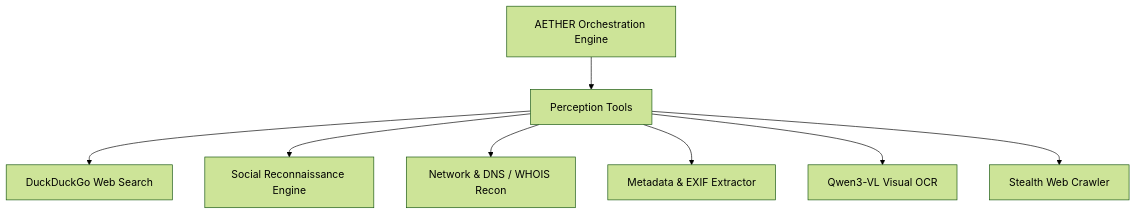
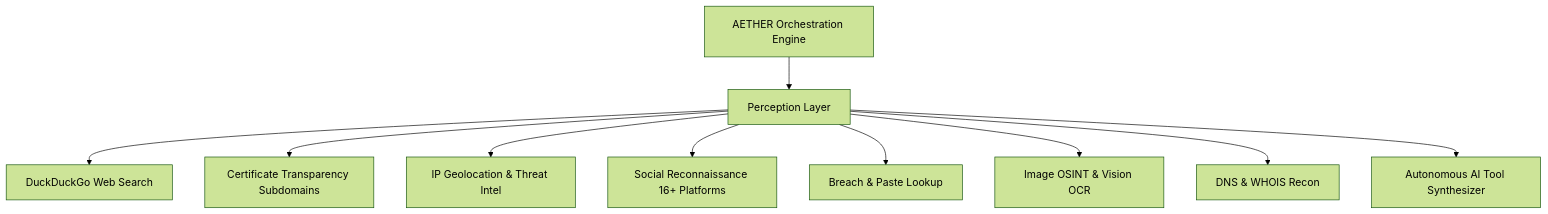
One commit to ark4ng3l/aether changed the diagram in README.md. Above: the diagram before and after it, drawn with Mermaid (forest theme). The commit also changed other lines of this file and 13 other files, not shown here.

Commit message:
feat(ui/tools): overhaul Cyber OSINT UI design, add Tool Arsenal hub, autonomous AI Toolmaker, live test runner, and update README

````diff
--- a/README.md
+++ b/README.md
@@ -91,10 +101,12 @@
 ```mermaid
 graph TD
-    A[AETHER Orchestration Engine] --> B[Perception Tools]
+    A[AETHER Orchestration Engine] --> B[Perception Layer]
     B --> C[DuckDuckGo Web Search]
-    B --> D[Social Reconnaissance Engine]
-    B --> E[Network & DNS / WHOIS Recon]
-    B --> F[Metadata & EXIF Extractor]
-    B --> G[Qwen3-VL Visual OCR]
-    B --> H[Stealth Web Crawler]
+    B --> D[Certificate Transparency Subdomains]
+    B --> E[IP Geolocation & Threat Intel]
+    B --> F[Social Reconnaissance 16+ Platforms]
+    B --> G[Breach & Paste Lookup]
+    B --> H[Image OSINT & Vision OCR]
+    B --> I[DNS & WHOIS Recon]
+    B --> J[Autonomous AI Tool Synthesizer]
 ```
````
